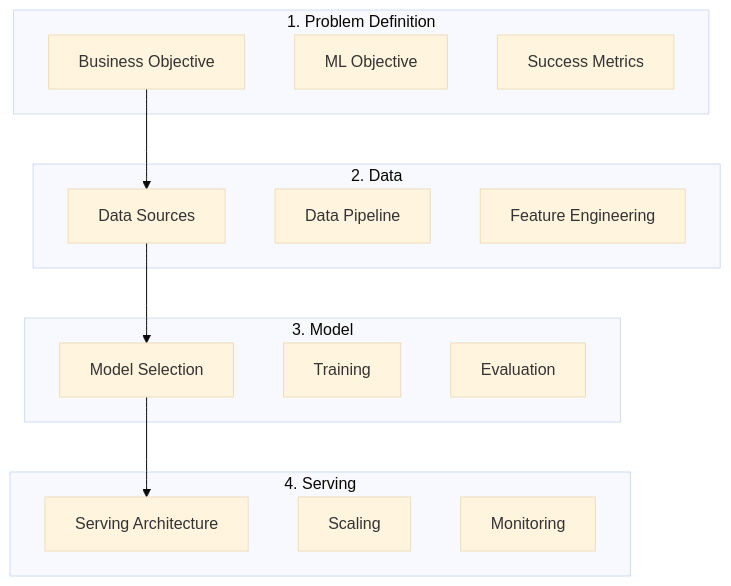
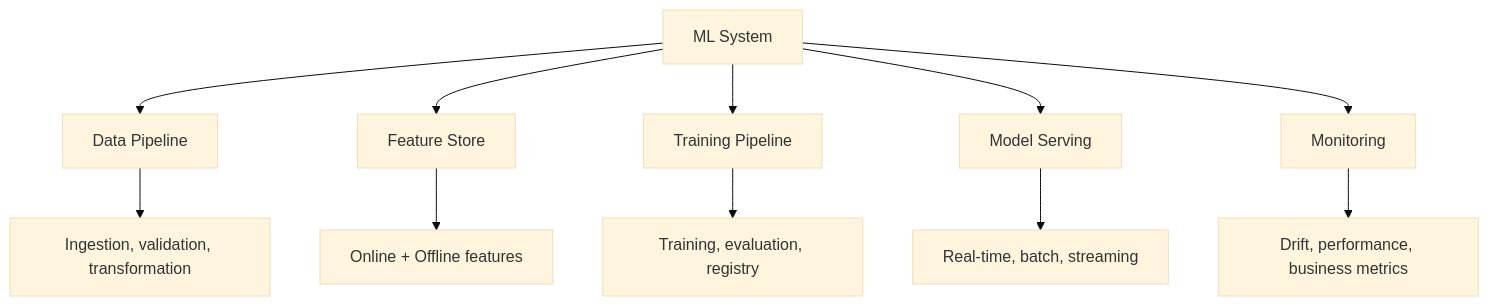
One commit to vanos001/placement_prep changed the second of 2 diagrams in src/ml/system-design/README.md. Above: the diagram before and after it, drawn with Mermaid (base theme). The commit also changed other lines of this file and 14 other files, not shown here.

````diff
--- a/src/ml/system-design/README.md
+++ b/src/ml/system-design/README.md
@@ -9,30 +34,13 @@
 ```mermaid
-graph TB
-    subgraph "1. Problem Definition"
-        P1[Business Objective]
-        P2[ML Objective]
-        P3[Success Metrics]
-    end
-    
-    subgraph "2. Data"
-        D1[Data Sources]
-        D2[Data Pipeline]
-        D3[Feature Engineering]
-    end
-    
-    subgraph "3. Model"
-        M1[Model Selection]
-        M2[Training]
-        M3[Evaluation]
-    end
-    
-    subgraph "4. Serving"
-        S1[Serving Architecture]
-        S2[Scaling]
-        S3[Monitoring]
-    end
-    
-    P1 --> D1
-    D1 --> M1
-    M1 --> S1
+graph TD
+    A[ML System] --> B[Data Pipeline]
+    A --> C[Feature Store]
+    A --> D[Training Pipeline]
+    A --> E[Model Serving]
+    A --> F[Monitoring]
+    B --> B1[Ingestion, validation, transformation]
+    C --> C1[Online + Offline features]
+    D --> D1[Training, evaluation, registry]
+    E --> E1[Real-time, batch, streaming]
+    F --> F1[Drift, performance, business metrics]
 ```
````
